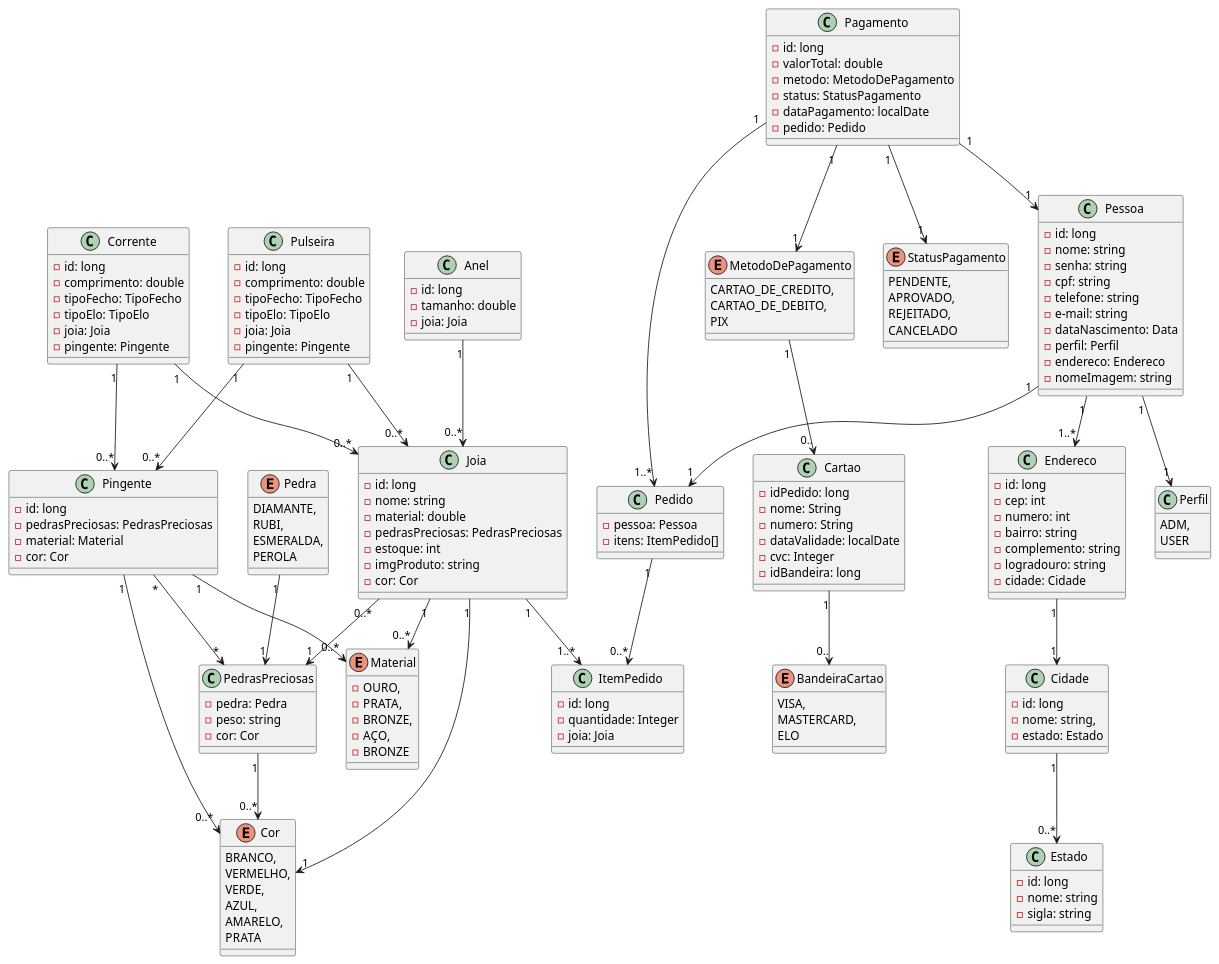
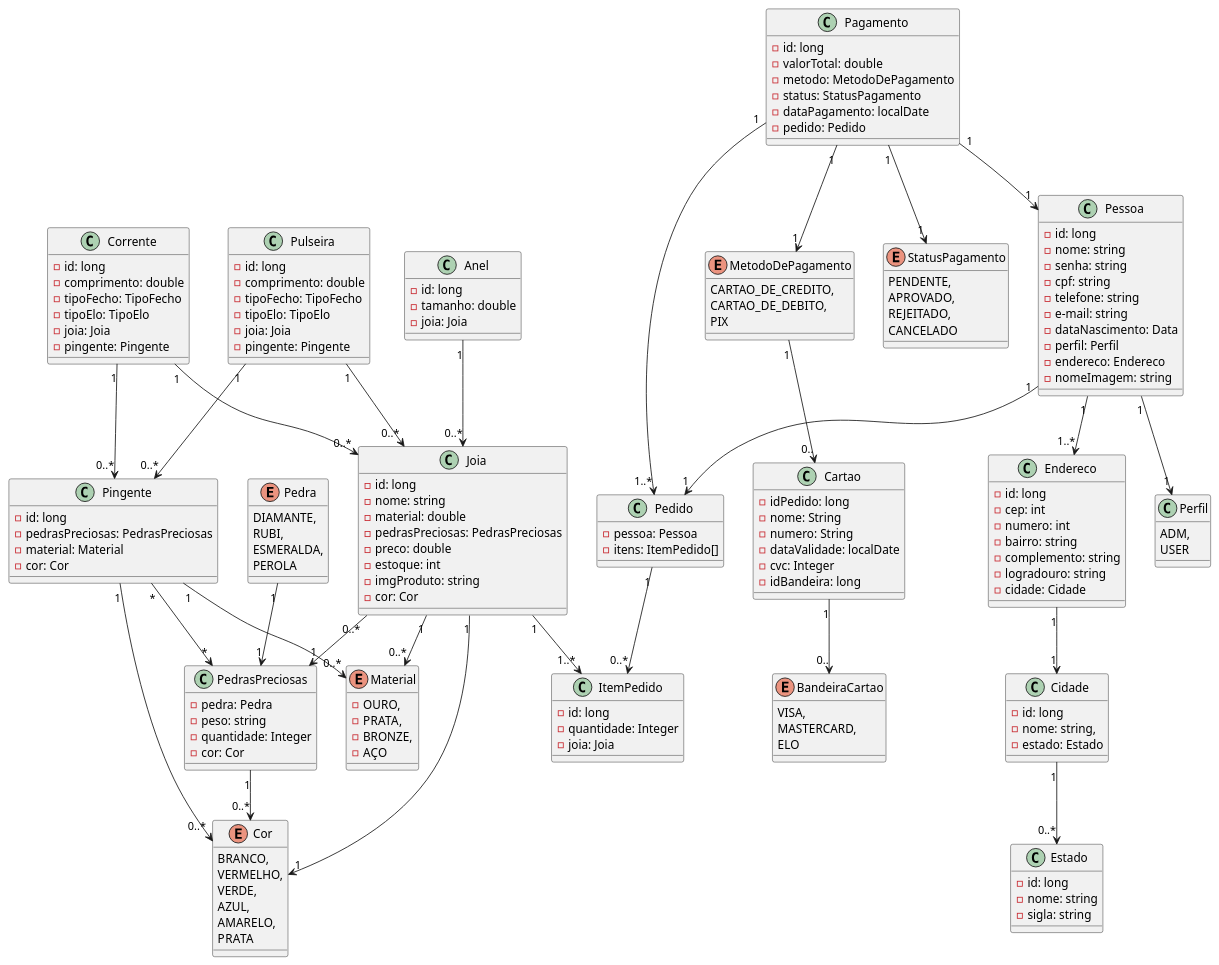
Before and after one commit to ThiagoShowza/back-end-topicos2: the diagram in src/main/resources/docs/diagrama.plantuml, drawn with PlantUML. The commit also changed 7 other files, not shown here.

```diff
--- a/src/main/resources/docs/diagrama.plantuml
+++ b/src/main/resources/docs/diagrama.plantuml
@@ -5,6 +5,7 @@
     - nome: string
     - material: double
     - pedrasPreciosas: PedrasPreciosas
+    - preco: double
     - estoque: int
     - imgProduto: string
     - cor: Cor
@@ -46,13 +47,13 @@
     - OURO,
     - PRATA,
     - BRONZE,
-    - AÇO,
-    - BRONZE
+    - AÇO
 }
 
 class PedrasPreciosas{
     - pedra: Pedra
     - peso: string
+    - quantidade: Integer
     - cor: Cor
 }
 
```
